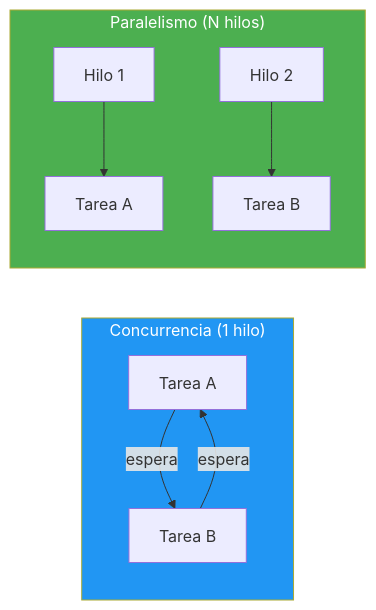
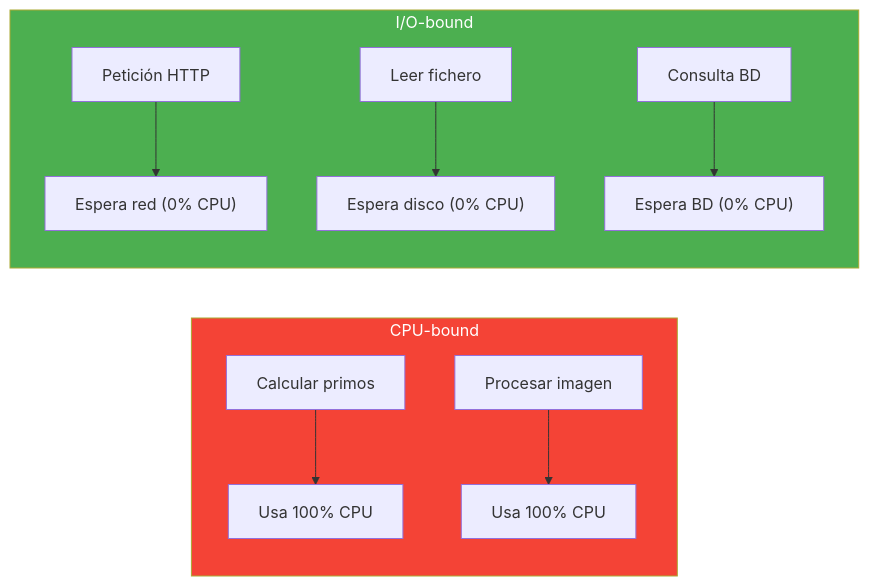
Before and after one commit to joseluisgs/DesarrolloWebEntornosServidor-01-2026-2027: the second of 9 diagrams in 16-concurrencia-asincronia.md, drawn with Mermaid. The commit also changed other lines of this file and 17 other files, not shown here.

````diff
--- a/16-concurrencia-asincronia.md
+++ b/16-concurrencia-asincronia.md
@@ -36,15 +83,16 @@
 ```mermaid
 graph LR
-    subgraph CONCURRENCIA["Concurrencia (1 hilo)"]
-        A1["Tarea A"] -->|"espera"| B1["Tarea B"]
-        B1 -->|"espera"| A1
+    subgraph CPU["CPU-bound"]
+        C1["Calcular primos"] --> C2["Usa 100% CPU"]
+        C3["Procesar imagen"] --> C4["Usa 100% CPU"]
     end
 
-    subgraph PARALELISMO["Paralelismo (N hilos)"]
-        H1["Hilo 1"] --> A2["Tarea A"]
-        H2["Hilo 2"] --> B2["Tarea B"]
+    subgraph IO["I/O-bound"]
+        I1["Petición HTTP"] --> I2["Espera red (0% CPU)"]
+        I3["Leer fichero"] --> I4["Espera disco (0% CPU)"]
+        I5["Consulta BD"] --> I6["Espera BD (0% CPU)"]
     end
 
-    style CONCURRENCIA fill:#2196F3,color:#fff
-    style PARALELISMO fill:#4CAF50,color:#fff
+    style CPU fill:#f44336,color:#fff
+    style IO fill:#4CAF50,color:#fff
 ```
````
